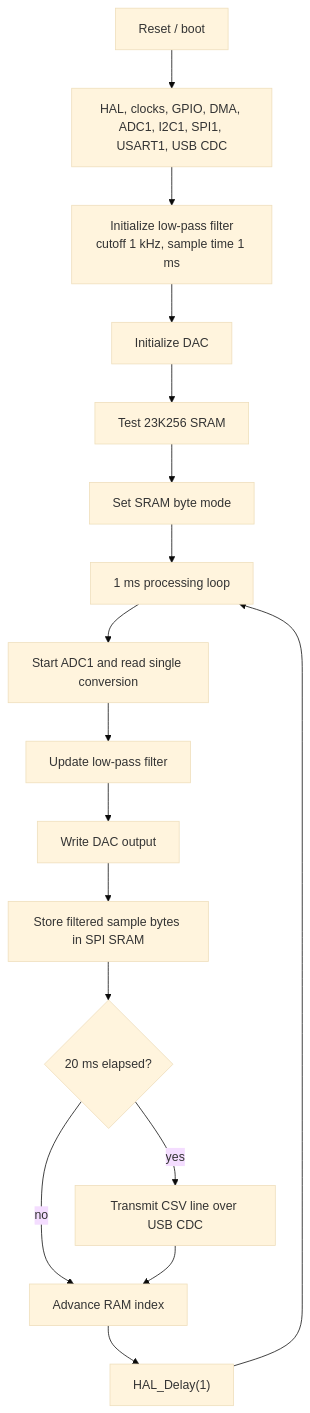
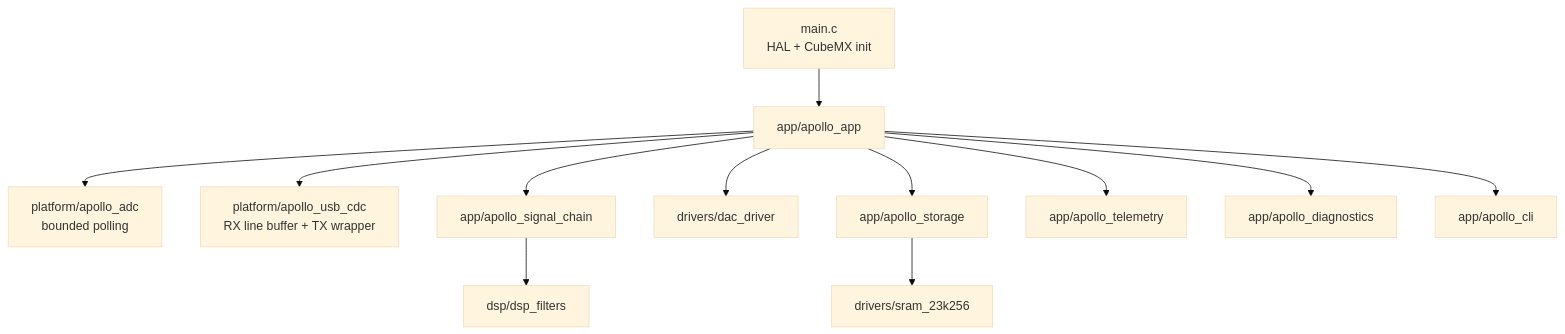
Before and after one commit to Tommy270502/APOLLO_digital-signal-processor: the second of 3 diagrams in README.md, drawn with Mermaid (base theme). The commit also changed other lines of this file and 1 other file, not shown here.

````diff
--- a/README.md
+++ b/README.md
@@ -94,19 +41,14 @@
 ```mermaid
 flowchart TD
-    Boot["Reset / boot"] --> Init["HAL, clocks, GPIO, DMA, ADC1, I2C1, SPI1, USART1, USB CDC"]
-    Init --> FilterInit["Initialize low-pass filter\ncutoff 1 kHz, sample time 1 ms"]
-    FilterInit --> DacInit["Initialize DAC"]
-    DacInit --> RamTest["Test 23K256 SRAM"]
-    RamTest --> RamMode["Set SRAM byte mode"]
-    RamMode --> Loop["1 ms processing loop"]
-    Loop --> Sample["Start ADC1 and read single conversion"]
-    Sample --> Process["Update low-pass filter"]
-    Process --> DacWrite["Write DAC output"]
-    DacWrite --> Store["Store filtered sample bytes in SPI SRAM"]
-    Store --> Telemetry{"20 ms elapsed?"}
-    Telemetry -- yes --> UsbLog["Transmit CSV line over USB CDC"]
-    Telemetry -- no --> Index
-    UsbLog --> Index["Advance RAM index"]
-    Index --> Delay["HAL_Delay(1)"]
-    Delay --> Loop
+    Main["main.c\nHAL + CubeMX init"] --> App["app/apollo_app"]
+    App --> ADC["platform/apollo_adc\nbounded polling"]
+    App --> USB["platform/apollo_usb_cdc\nRX line buffer + TX wrapper"]
+    App --> Chain["app/apollo_signal_chain"]
+    Chain --> DSP["dsp/dsp_filters"]
+    App --> DAC["drivers/dac_driver"]
+    App --> Store["app/apollo_storage"]
+    Store --> SRAM["drivers/sram_23k256"]
+    App --> Tel["app/apollo_telemetry"]
+    App --> Diag["app/apollo_diagnostics"]
+    App --> CLI["app/apollo_cli"]
 ```
````
